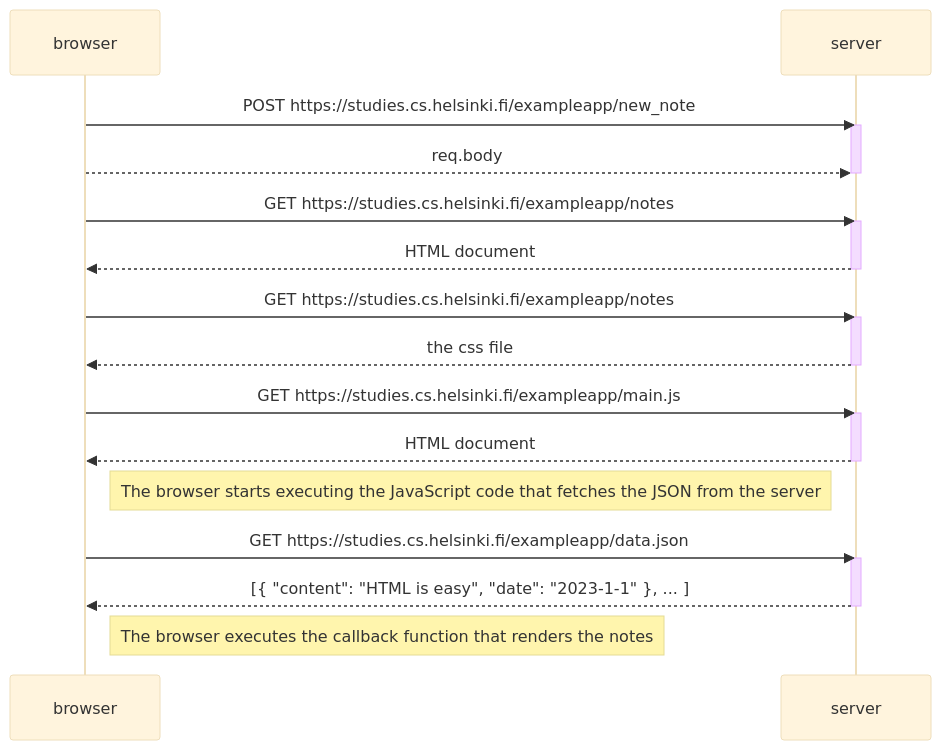
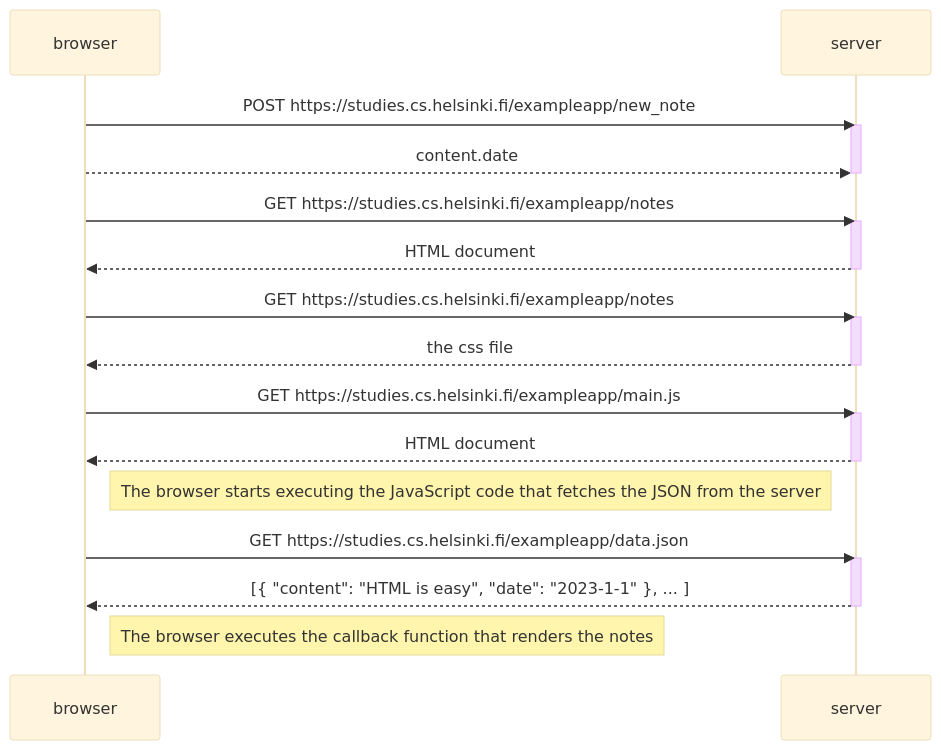
One commit to laaksoe9/hyfs_ela changed the diagram in new_note.md. Above: the diagram before and after it, drawn with Mermaid (base theme).

````diff
--- a/new_note.md
+++ b/new_note.md
@@ -1,34 +1,34 @@
 ```mermaid
 sequenceDiagram
     participant browser
     participant server
     
     browser->>server: POST https://studies.cs.helsinki.fi/exampleapp/new_note
     activate server
-    browser-->>server: req.body
+    browser-->>server: content.date
     deactivate server
     
     browser->>server: GET https://studies.cs.helsinki.fi/exampleapp/notes
     activate server
     server-->>browser: HTML document
     deactivate server
 
     browser->>server: GET https://studies.cs.helsinki.fi/exampleapp/notes
     activate server
     server-->>browser: the css file
     deactivate server
     
     browser->>server: GET https://studies.cs.helsinki.fi/exampleapp/main.js
     activate server
     server-->>browser: HTML document
     deactivate server
     
     Note right of browser: The browser starts executing the JavaScript code that fetches the JSON from the server
     
     browser->>server: GET https://studies.cs.helsinki.fi/exampleapp/data.json
     activate server
     server-->>browser: [{ "content": "HTML is easy", "date": "2023-1-1" }, ... ]
     deactivate server    
 
     Note right of browser: The browser executes the callback function that renders the notes 
 ```
````
